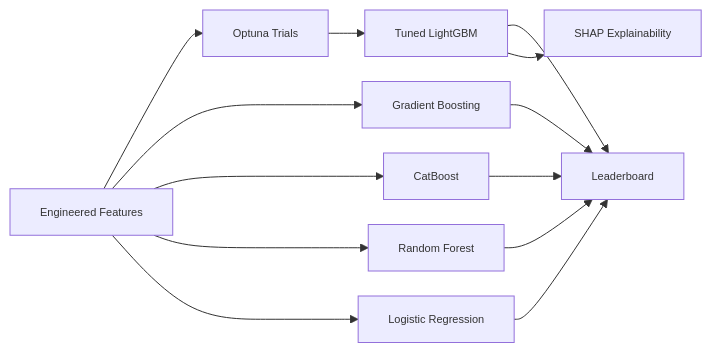
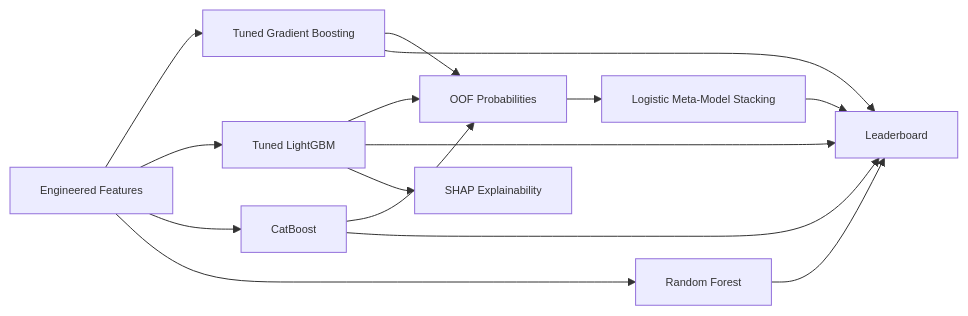
The second of 2 diagrams in README.md (PranikaC/Crop-Irrigation-Need-Prediction), drawn with Mermaid before and after one commit. The commit also changed other lines of this file, not shown here.

````diff
--- a/README.md
+++ b/README.md
@@ -124,16 +124,18 @@
 ```mermaid
 %%{init: {"theme": "default", "themeVariables": {"fontSize": "11px"}, "flowchart": {"nodeSpacing": 25, "rankSpacing": 30}}}%%
 flowchart LR
-    A[Engineered Features] --> B[Optuna Trials]
-    B --> C[Tuned LightGBM]
-    A --> D[Gradient Boosting]
-    A --> E[CatBoost]
-    A --> F[Random Forest]
-    A --> G[Logistic Regression]
-    C --> H[Leaderboard]
+    A[Engineered Features] --> B[Tuned Gradient Boosting]
+    A --> C[Tuned LightGBM]
+    A --> D[CatBoost]
+    A --> E[Random Forest]
+    B --> F[OOF Probabilities]
+    C --> F
+    D --> F
+    F --> G[Logistic Meta-Model Stacking]
+    B --> H[Leaderboard]
+    C --> H
     D --> H
     E --> H
-    F --> H
     G --> H
     C --> I[SHAP Explainability]
 ```
````
